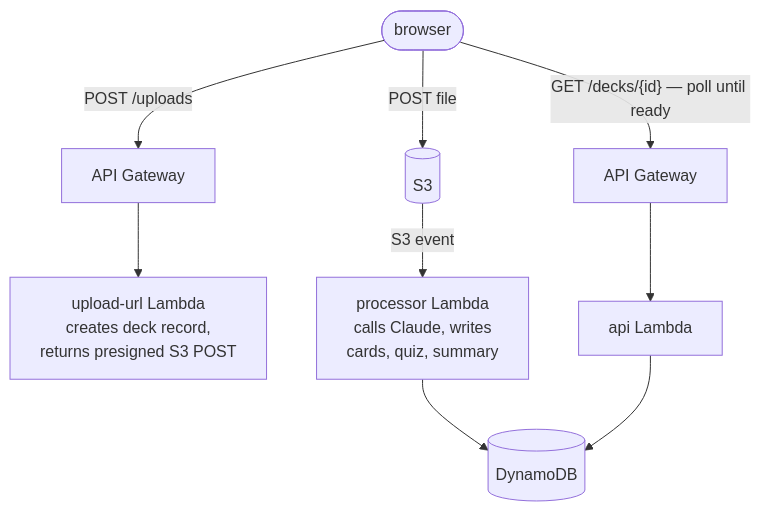
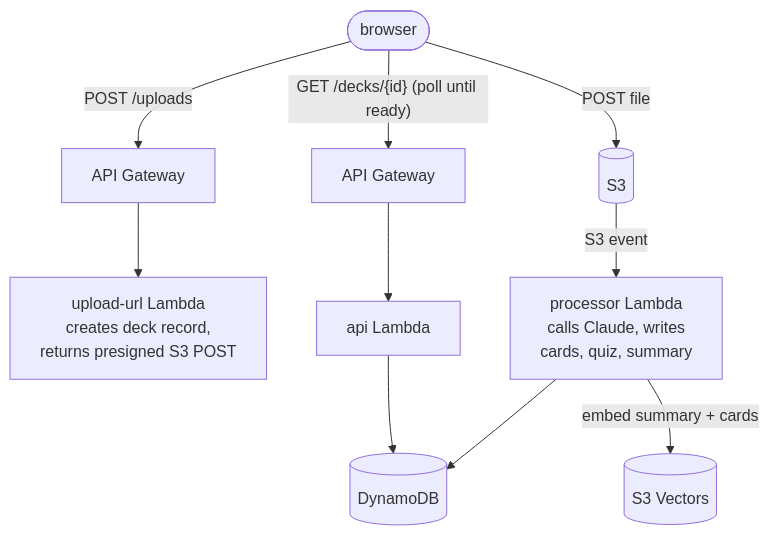
One commit to Goku-kun/engram changed the first of 2 diagrams in README.md. Above: the diagram before and after it, drawn with Mermaid. The commit also changed other lines of this file, not shown here.

````diff
--- a/README.md
+++ b/README.md
@@ -12,15 +12,16 @@
 ```mermaid
 flowchart TD
     browser([browser])
 
     browser -->|"POST /uploads"| apigwA[API Gateway]
     apigwA --> upload["upload-url Lambda<br/>creates deck record,<br/>returns presigned S3 POST"]
 
     browser -->|"POST file"| s3[(S3)]
     s3 -->|"S3 event"| processor["processor Lambda<br/>calls Claude, writes<br/>cards, quiz, summary"]
     processor --> ddb[(DynamoDB)]
+    processor -->|"embed summary + cards"| vec[(S3 Vectors)]
 
-    browser -->|"GET /decks/{id} — poll until ready"| apigwB[API Gateway]
+    browser -->|"GET /decks/{id} (poll until ready)"| apigwB[API Gateway]
     apigwB --> api[api Lambda]
     api --> ddb
 ```
````
